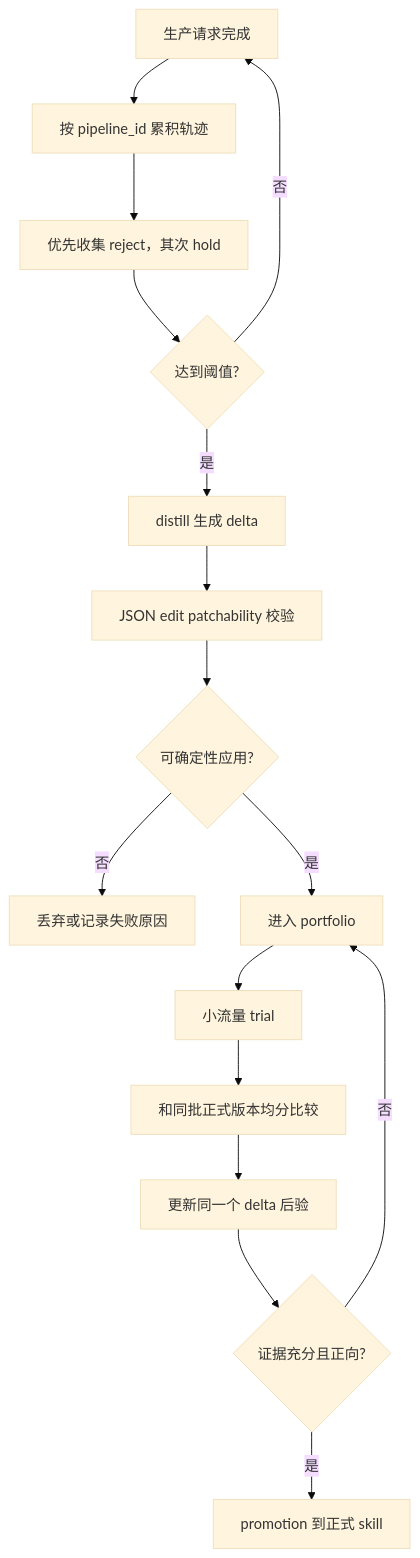
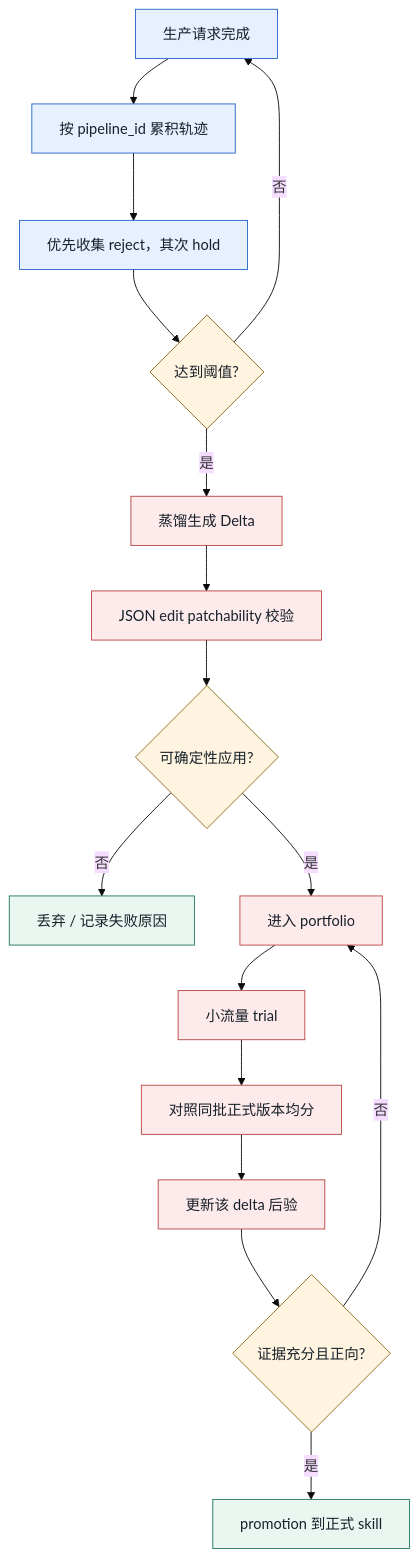
One commit to AI3-GenAI4Sci/VIP_Copy changed the third of 3 diagrams in README.md. Above: the diagram before and after it, drawn with Mermaid (base theme). The commit also changed other lines of this file and 8 other files, not shown here.

````diff
--- a/README.md
+++ b/README.md
@@ -312,18 +308,27 @@
 ```mermaid
-flowchart TD
+flowchart TB
     A["生产请求完成"] --> B["按 pipeline_id 累积轨迹"]
     B --> C["优先收集 reject，其次 hold"]
     C --> D{"达到阈值?"}
-    D -- 否 --> A
-    D -- 是 --> E["distill 生成 delta"]
+    D -- "否" --> A
+    D -- "是" --> E["蒸馏生成 Delta"]
     E --> F["JSON edit patchability 校验"]
     F --> G{"可确定性应用?"}
-    G -- 否 --> H["丢弃或记录失败原因"]
-    G -- 是 --> I["进入 portfolio"]
+    G -- "否" --> H["丢弃 / 记录失败原因"]
+    G -- "是" --> I["进入 portfolio"]
     I --> J["小流量 trial"]
-    J --> K["和同批正式版本均分比较"]
-    K --> L["更新同一个 delta 后验"]
+    J --> K["对照同批正式版本均分"]
+    K --> L["更新该 delta 后验"]
     L --> M{"证据充分且正向?"}
-    M -- 否 --> I
-    M -- 是 --> N["promotion 到正式 skill"]
+    M -- "否" --> I
+    M -- "是" --> N["promotion 到正式 skill"]
+
+    classDef prod fill:#e7f0ff,stroke:#2764c8,color:#17202a;
+    classDef gate fill:#fff4df,stroke:#8a681c,color:#17202a;
+    classDef evo fill:#fdeaea,stroke:#b84745,color:#17202a;
+    classDef pass fill:#eaf7f1,stroke:#20785a,color:#17202a;
+    class A,B,C prod;
+    class D,G,M gate;
+    class E,F,I,J,K,L evo;
+    class H,N pass;
 ```
````
